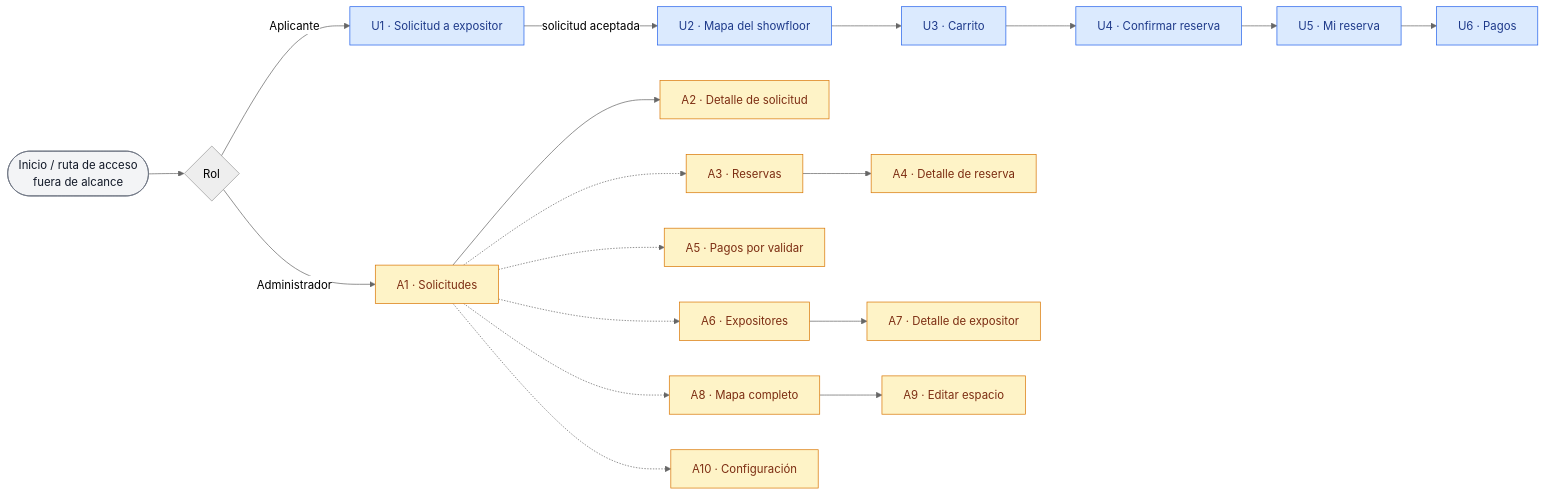
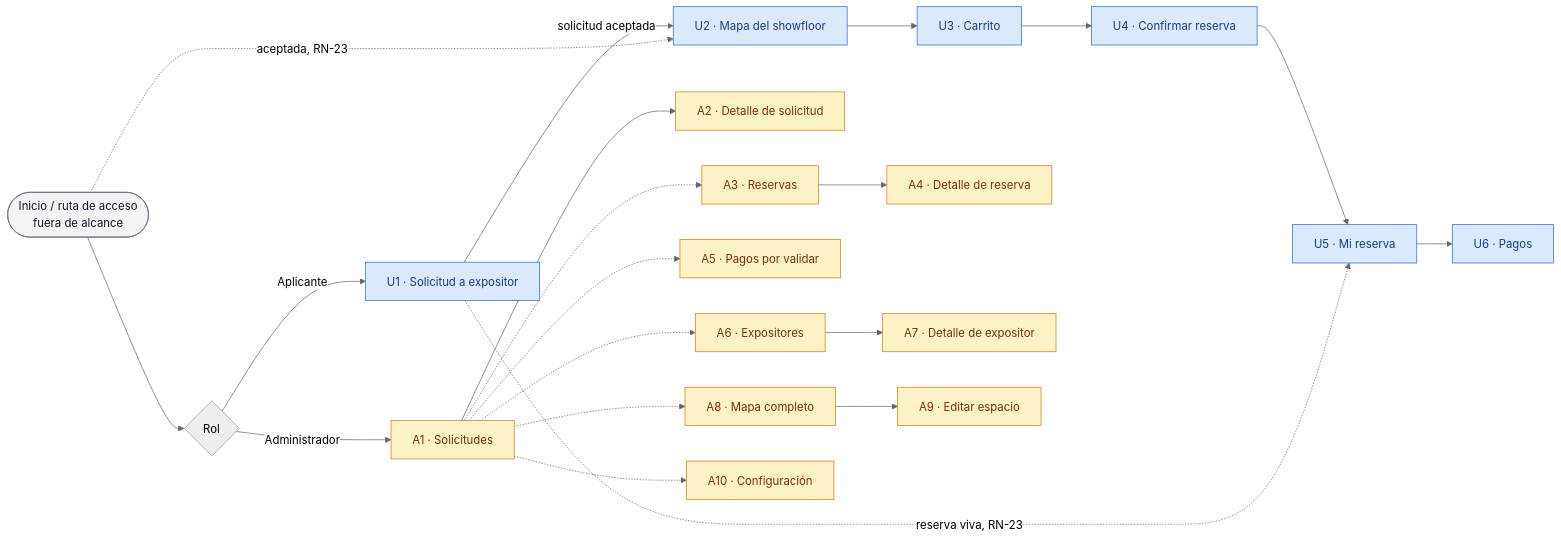
The diagram in docs/requisitos/STD/Estructura de vistas - Stands.md (Proyectos-Vinculacion-FMAT/FILEYapp26), drawn with Mermaid (neutral theme) before and after one commit. The commit also changed other lines of this file and 77 other files, not shown here.

````diff
--- a/docs/requisitos/STD/Estructura de vistas - Stands.md
+++ b/docs/requisitos/STD/Estructura de vistas - Stands.md
@@ -46,30 +46,33 @@
 ```mermaid
 flowchart LR
     E0([Inicio / ruta de acceso<br/>fuera de alcance]) --> ROL{Rol}
 
     ROL -->|Aplicante| U1[U1 · Solicitud a expositor]
     U1 -->|solicitud aceptada| U2[U2 · Mapa del showfloor]
     U2 --> U3[U3 · Carrito]
     U3 --> U4[U4 · Confirmar reserva]
     U4 --> U5[U5 · Mi reserva]
     U5 --> U6[U6 · Pagos]
+
+    U1 -.->|reserva viva, RN-23| U5
+    E0 -.->|aceptada, RN-23| U2
 
     ROL -->|Administrador| A1[A1 · Solicitudes]
     A1 --> A2[A2 · Detalle de solicitud]
     A1 -.-> A3[A3 · Reservas]
     A3 --> A4[A4 · Detalle de reserva]
     A1 -.-> A5[A5 · Pagos por validar]
     A1 -.-> A6[A6 · Expositores]
     A6 --> A7[A7 · Detalle de expositor]
     A1 -.-> A8[A8 · Mapa completo]
     A8 --> A9[A9 · Editar espacio]
     A1 -.-> A10[A10 · Configuración]
 
     classDef aplicante fill:#dbeafe,stroke:#2563eb,color:#1e3a8a;
     classDef admin fill:#fef3c7,stroke:#d97706,color:#7c2d12;
     classDef fuera fill:#f3f4f6,stroke:#6b7280,color:#111827;
 
     class U1,U2,U3,U4,U5,U6 aplicante;
     class A1,A2,A3,A4,A5,A6,A7,A8,A9,A10 admin;
     class E0 fuera;
 ```
````
